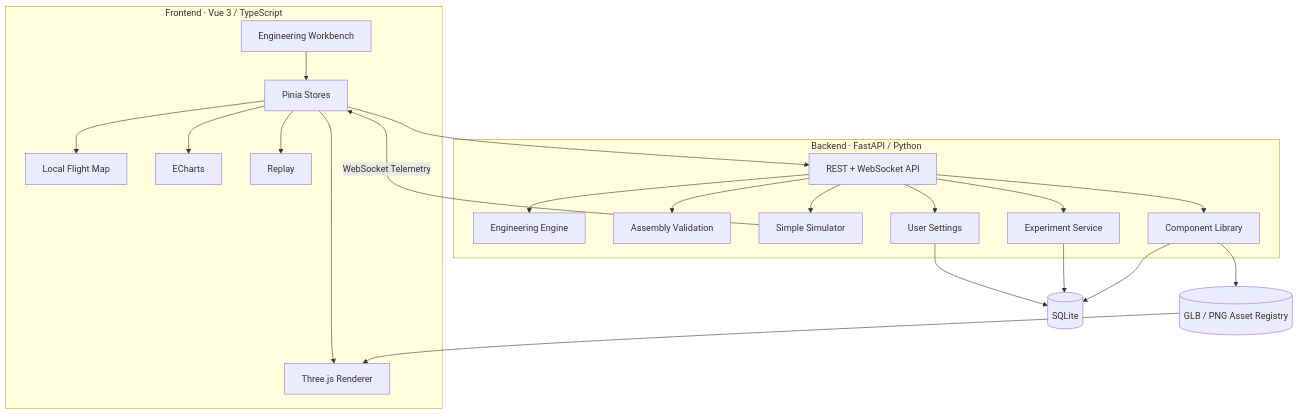
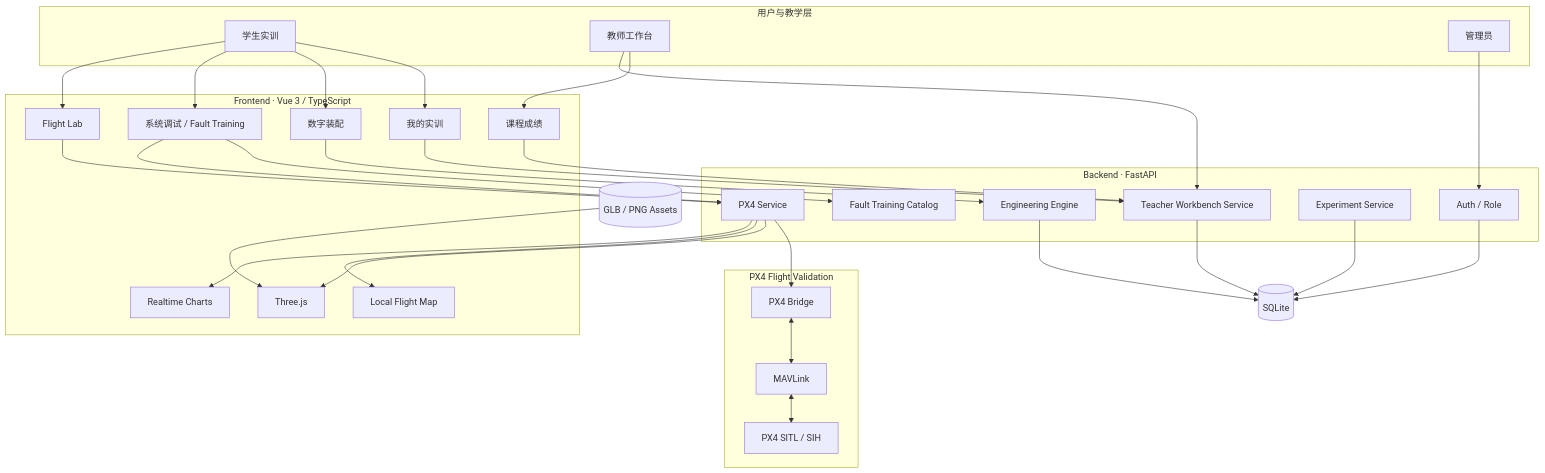
Before and after one commit to qiqidonebyte/uav-studio: the third of 3 diagrams in README.md, drawn with Mermaid. The commit also changed other lines of this file, not shown here.

Commit message:
docs: rewrite README for UAV training platform

````diff
--- a/README.md
+++ b/README.md
@@ -167,45 +450,66 @@
 ```mermaid
 flowchart TB
-    subgraph FE["Frontend · Vue 3 / TypeScript"]
-        UI["Engineering Workbench"]
-        STORE["Pinia Stores"]
-        THREE["Three.js Renderer"]
-        MAP["Local Flight Map"]
-        CHART["ECharts"]
-        REPLAY["Replay"]
+    subgraph USER[用户与教学层]
+        STU[学生实训]
+        TEA[教师工作台]
+        ADM[管理员]
     end
 
-    subgraph BE["Backend · FastAPI / Python"]
-        API["REST + WebSocket API"]
-        ENG["Engineering Engine"]
-        CHECK["Assembly Validation"]
-        SIM["Simple Simulator"]
-        EXP["Experiment Service"]
-        LIB["Component Library"]
-        SETTINGS["User Settings"]
+    subgraph FE[Frontend · Vue 3 / TypeScript]
+        ASSEMBLY[数字装配]
+        DEBUG[系统调试 / Fault Training]
+        FLIGHT[Flight Lab]
+        TRAIN[我的实训]
+        GRADE[课程成绩]
+        THREE[Three.js]
+        MAP[Local Flight Map]
+        CHART[Realtime Charts]
     end
 
-    DB[("SQLite")]
-    ASSET[("GLB / PNG Asset Registry")]
+    subgraph BE[Backend · FastAPI]
+        AUTH[Auth / Role]
+        ENG[Engineering Engine]
+        TRAINING[Teacher Workbench Service]
+        CASE[Fault Training Catalog]
+        EXP[Experiment Service]
+        PX4S[PX4 Service]
+    end
 
-    UI --> STORE
-    STORE --> API
-    API --> ENG
-    API --> CHECK
-    API --> SIM
-    API --> EXP
-    API --> LIB
-    API --> SETTINGS
+    subgraph PX4[PX4 Flight Validation]
+        BRIDGE[PX4 Bridge]
+        MAV[MAVLink]
+        SIH[PX4 SITL / SIH]
+    end
 
-    LIB --> DB
+    DB[(SQLite)]
+    ASSET[(GLB / PNG Assets)]
+
+    STU --> TRAIN
+    STU --> ASSEMBLY
+    STU --> DEBUG
+    STU --> FLIGHT
+    TEA --> GRADE
+    TEA --> TRAINING
+    ADM --> AUTH
+
+    ASSEMBLY --> ENG
+    DEBUG --> CASE
+    DEBUG --> PX4S
+    FLIGHT --> PX4S
+    TRAIN --> TRAINING
+    GRADE --> TRAINING
+
+    AUTH --> DB
+    ENG --> DB
+    TRAINING --> DB
     EXP --> DB
-    SETTINGS --> DB
 
-    LIB --> ASSET
+    PX4S --> BRIDGE
+    BRIDGE <--> MAV
+    MAV <--> SIH
+
     ASSET --> THREE
-    SIM -->|WebSocket Telemetry| STORE
-    STORE --> THREE
-    STORE --> MAP
-    STORE --> CHART
-    STORE --> REPLAY
+    PX4S --> THREE
+    PX4S --> MAP
+    PX4S --> CHART
 ```
````
